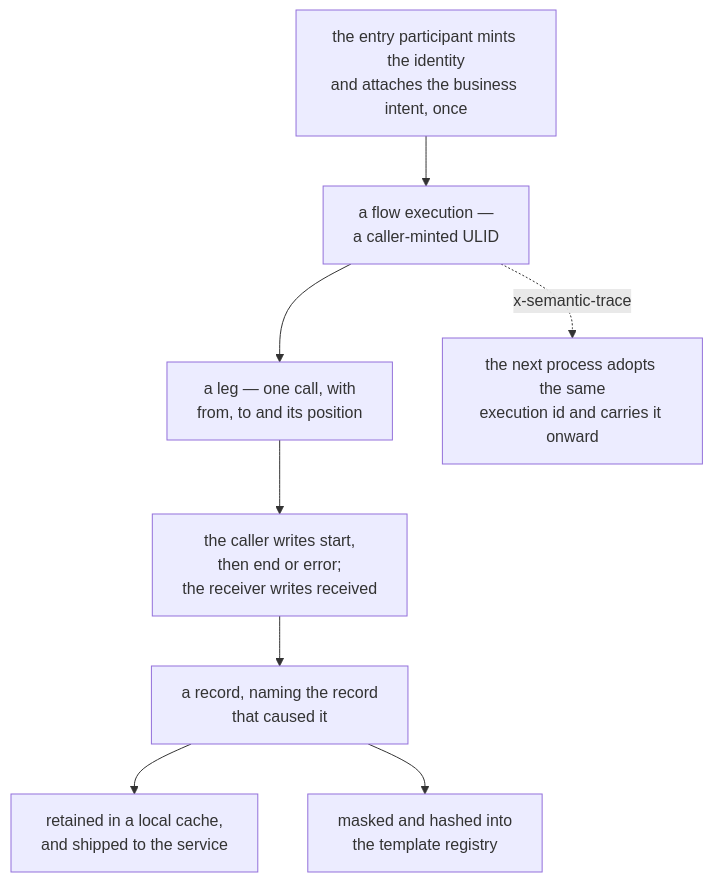
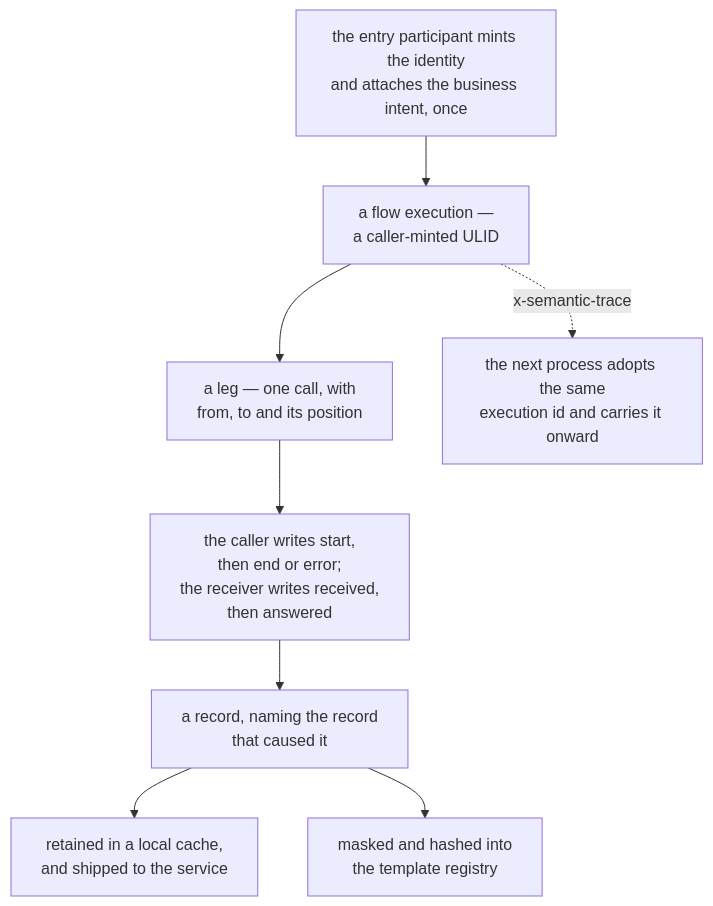
One commit to feasibleone/blong changed the diagram in docs/blong/docs/concepts/semantic-log.md. Above: the diagram before and after it, drawn with Mermaid. The commit also changed other lines of this file and 297 other files, not shown here.

Commit message:
feat: sequence diagram progress points

````diff
--- a/docs/blong/docs/concepts/semantic-log.md
+++ b/docs/blong/docs/concepts/semantic-log.md
@@ -7,10 +7,10 @@
 ```mermaid
 flowchart TD
     ENTRY["the entry participant mints the identity<br/>and attaches the business intent, once"] --> EXEC["a flow execution —<br/>a caller-minted ULID"]
     EXEC --> LEG["a leg — one call, with<br/>from, to and its position"]
-    LEG --> PHASE["the caller writes start,<br/>then end or error;<br/>the receiver writes received"]
+    LEG --> PHASE["the caller writes start,<br/>then end or error;<br/>the receiver writes received,<br/>then answered"]
     PHASE --> REC["a record, naming the record<br/>that caused it"]
     REC --> HELD["retained in a local cache,<br/>and shipped to the service"]
     REC --> HASHED["masked and hashed into<br/>the template registry"]
     EXEC -.->|"x-semantic-trace"| NEXT["the next process adopts the same<br/>execution id and carries it onward"]
 ```
````
